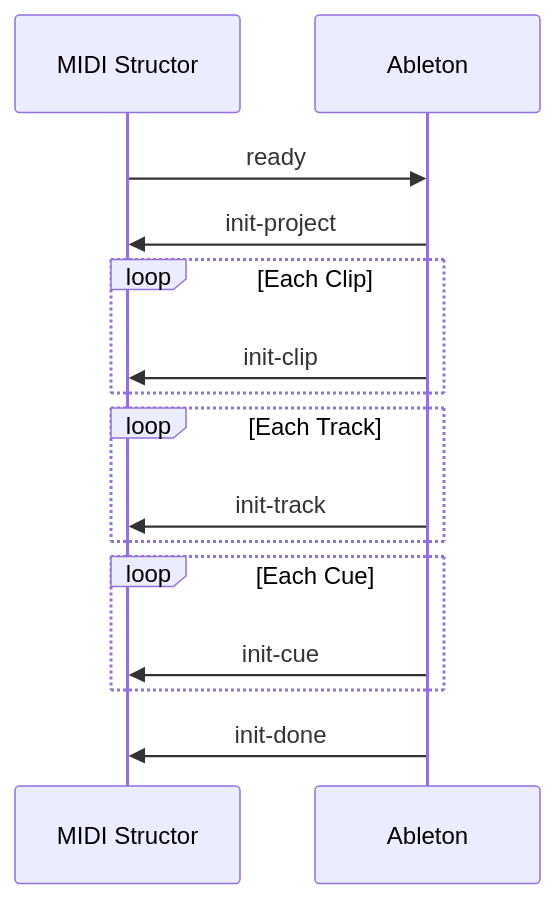
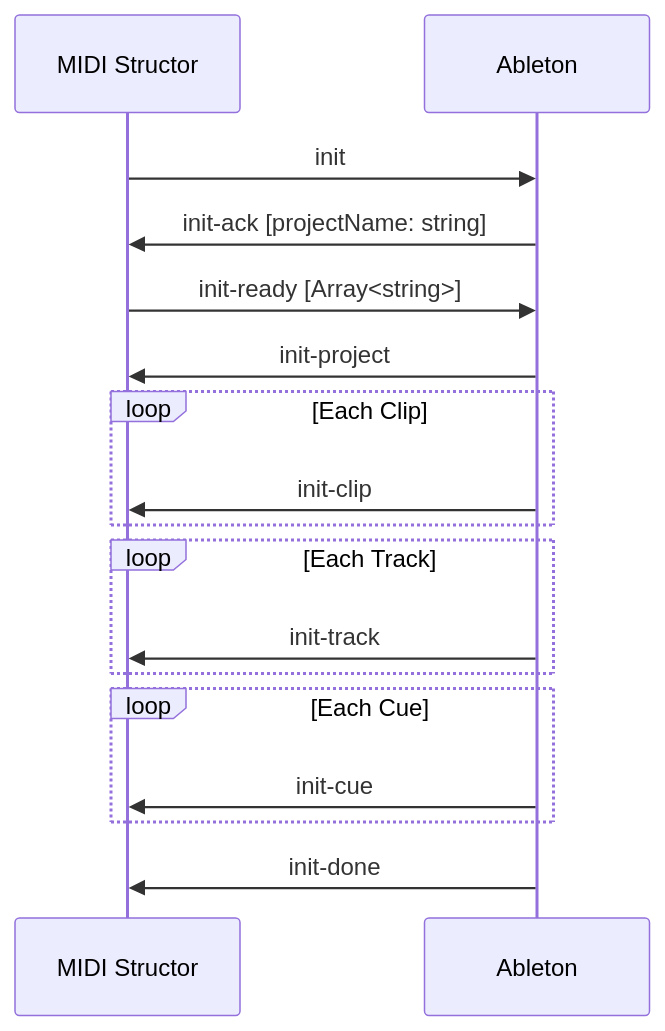
One commit to chris-albert/midi-structor changed the first of 3 diagrams in DEVELOPMENT.md. Above: the diagram before and after it, drawn with Mermaid. The commit also changed 6 other files, not shown here.

Commit message:
Adding command from MIDI Structor to ableton

````diff
--- a/DEVELOPMENT.md
+++ b/DEVELOPMENT.md
@@ -34,15 +34,17 @@
 ```mermaid
 sequenceDiagram
-    MIDI Structor->>Ableton: ready
+    MIDI Structor->>Ableton: init
+    Ableton->>MIDI Structor: init-ack [projectName: string]
+     MIDI Structor->>Ableton: init-ready [Array<string>]
     Ableton->>MIDI Structor: init-project
     loop Each Clip
         Ableton->>MIDI Structor: init-clip
     end
     loop Each Track
         Ableton->>MIDI Structor: init-track
     end
     loop Each Cue
         Ableton->>MIDI Structor: init-cue
     end
     Ableton->>MIDI Structor: init-done
 ```
````
